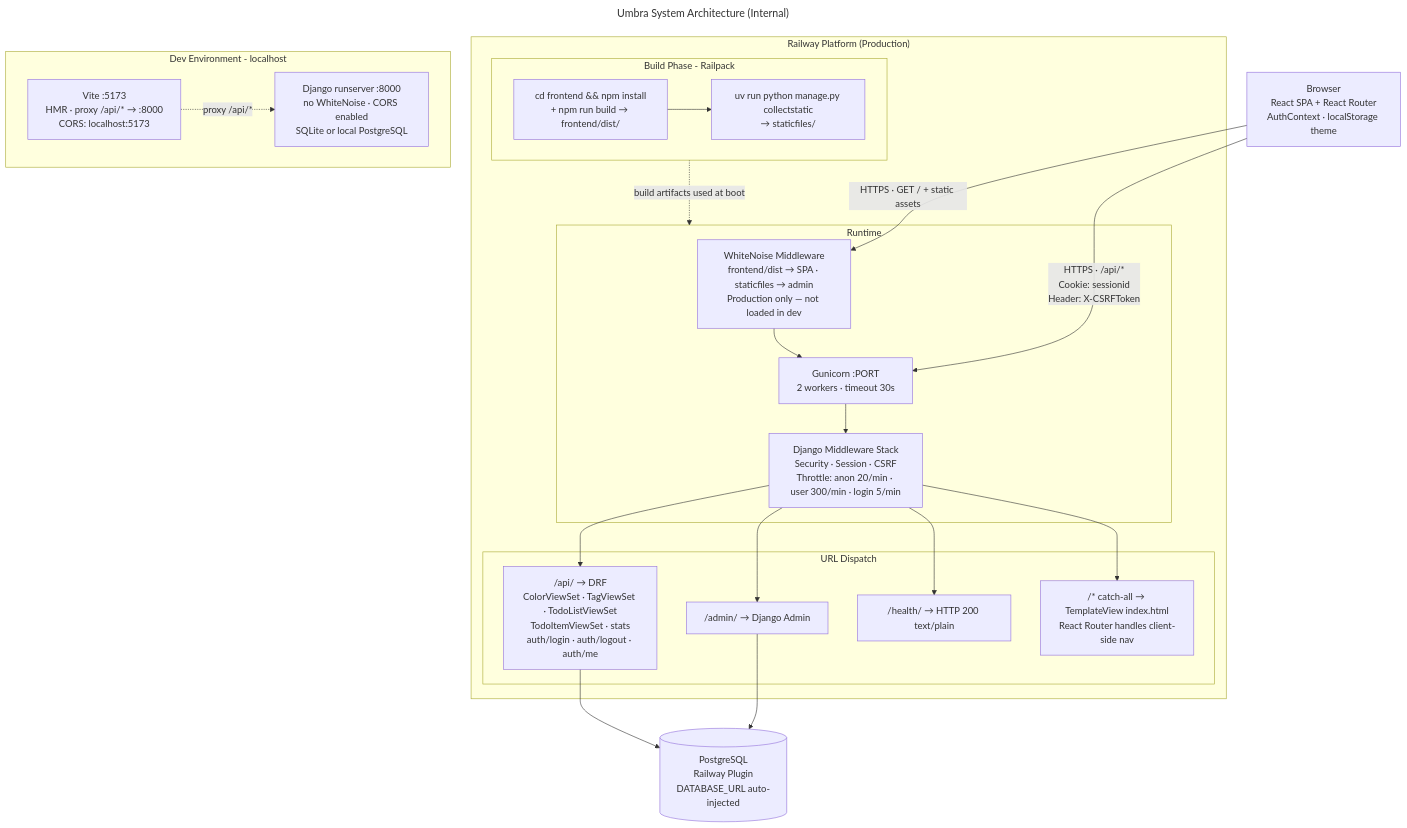
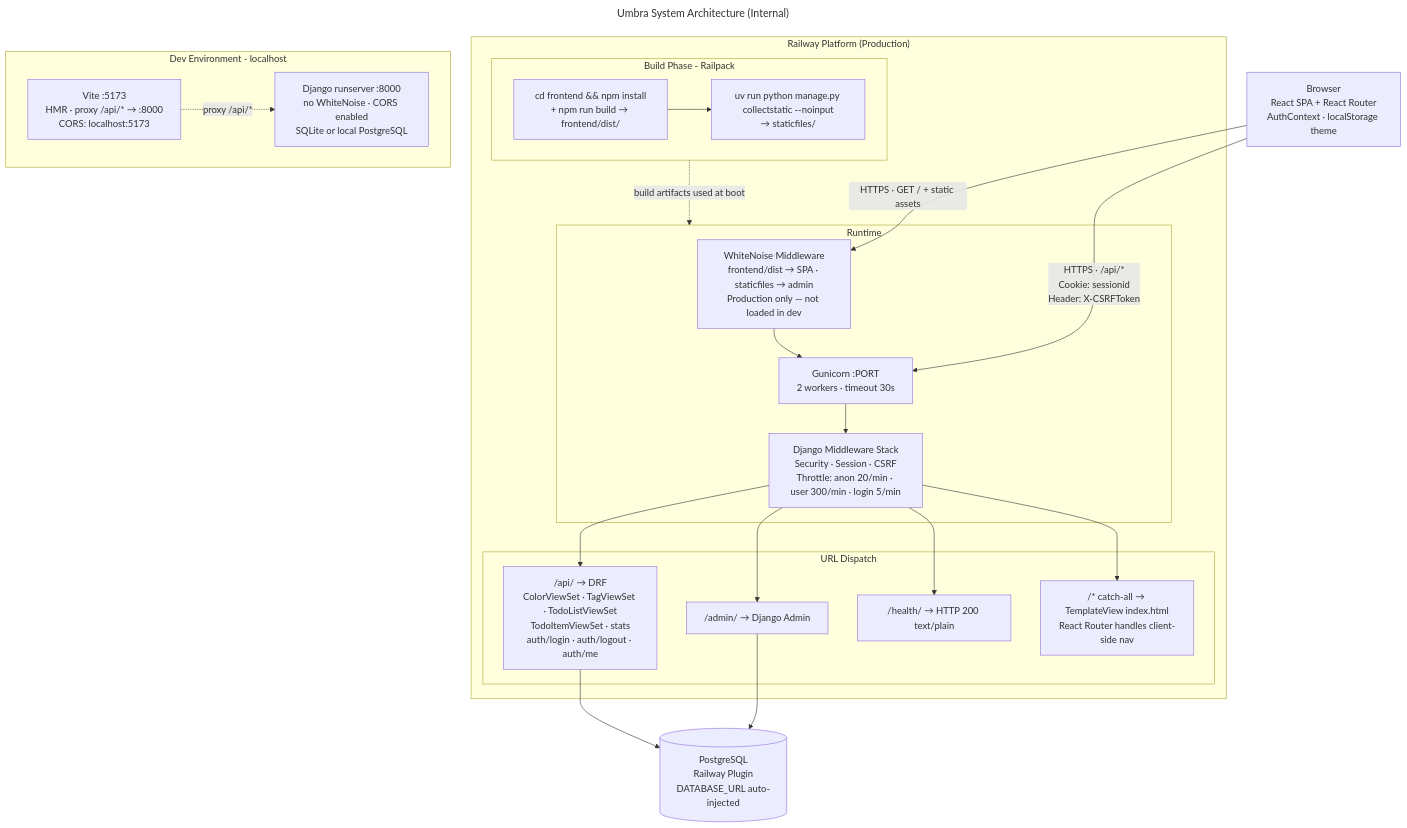
One commit to masriamir/umbra changed the diagram in docs/internal/diagrams/system-architecture.mmd. Above: the diagram before and after it, drawn with Mermaid.

Commit message:
Add missing --noinput flag to build phase of architecture diagram

```diff
--- a/docs/internal/diagrams/system-architecture.mmd
+++ b/docs/internal/diagrams/system-architecture.mmd
@@ -1,42 +1,42 @@
 ---
 title: Umbra System Architecture (Internal)
 ---
 flowchart TB
   BROWSER["Browser\nReact SPA + React Router\nAuthContext · localStorage theme"]
 
   subgraph RAILWAY["Railway Platform (Production)"]
     subgraph BUILD["Build Phase - Railpack"]
       B1["cd frontend && npm install\n+ npm run build → frontend/dist/"]
-      B2["uv run python manage.py collectstatic\n→ staticfiles/"]
+      B2["uv run python manage.py collectstatic --noinput\n→ staticfiles/"]
       B1 --> B2
     end
 
     subgraph SERVE["Runtime"]
       WN["WhiteNoise Middleware\nfrontend/dist → SPA · staticfiles → admin\nProduction only — not loaded in dev"]
       GUN["Gunicorn :PORT\n2 workers · timeout 30s"]
       DJ["Django Middleware Stack\nSecurity · Session · CSRF\nThrottle: anon 20/min · user 300/min · login 5/min"]
       WN --> GUN --> DJ
     end
 
     subgraph URLS["URL Dispatch"]
       U1["/api/ → DRF\nColorViewSet · TagViewSet · TodoListViewSet\nTodoItemViewSet · stats\nauth/login · auth/logout · auth/me"]
       U2["/admin/ → Django Admin"]
       U3["/health/ → HTTP 200 text/plain"]
       U4["/* catch-all → TemplateView index.html\nReact Router handles client-side nav"]
     end
 
     BUILD -.->|"build artifacts used at boot"| SERVE
     DJ --> U1 & U2 & U3 & U4
   end
 
   PG[("PostgreSQL\nRailway Plugin\nDATABASE_URL auto-injected")]
 
   BROWSER -->|"HTTPS · GET / + static assets"| WN
   BROWSER -->|"HTTPS · /api/*\nCookie: sessionid\nHeader: X-CSRFToken"| GUN
   U1 & U2 --> PG
 
   subgraph DEV["Dev Environment - localhost"]
     VITE["Vite :5173\nHMR · proxy /api/* → :8000\nCORS: localhost:5173"]
     DJRUN["Django runserver :8000\nno WhiteNoise · CORS enabled\nSQLite or local PostgreSQL"]
     VITE -.->|"proxy /api/*"| DJRUN
   end
```
